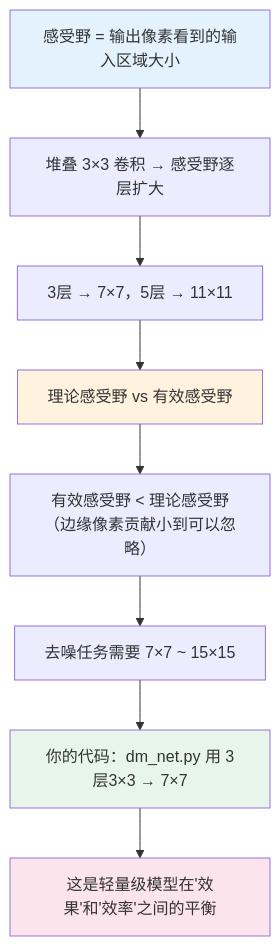
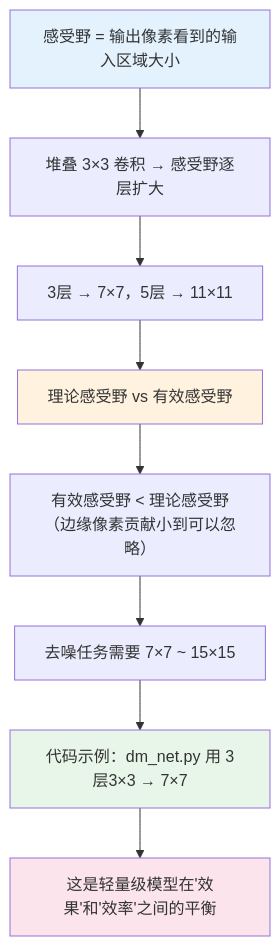
One commit to bluhuang/blogs-of-bluhuang changed the second of 2 diagrams in content/AI/4 深度学习/2.4 感受野.md. Above: the diagram before and after it, drawn with Mermaid. The commit also changed other lines of this file and 58 other files, not shown here.

````diff
--- a/content/AI/4 深度学习/2.4 感受野.md
+++ b/content/AI/4 深度学习/2.4 感受野.md
@@ -291,18 +291,18 @@
 ```mermaid
 flowchart TD
     A["感受野 = 输出像素看到的输入区域大小"]
     A --> B["堆叠 3×3 卷积 → 感受野逐层扩大"]
     B --> C["3层 → 7×7，5层 → 11×11"]
     
     C --> D["理论感受野 vs 有效感受野"]
     D --> E["有效感受野 < 理论感受野<br/>（边缘像素贡献小到可以忽略）"]
     
     E --> F["去噪任务需要 7×7 ~ 15×15"]
-    F --> G["你的代码：dm_net.py 用 3层3×3 → 7×7"]
+    F --> G["代码示例：dm_net.py 用 3层3×3 → 7×7"]
     G --> H["这是轻量级模型在'效果'和'效率'之间的平衡"]
     
     style A fill:#e3f2fd
     style D fill:#fff3e0
     style G fill:#e8f5e9
     style H fill:#fce4ec
 ```
````
